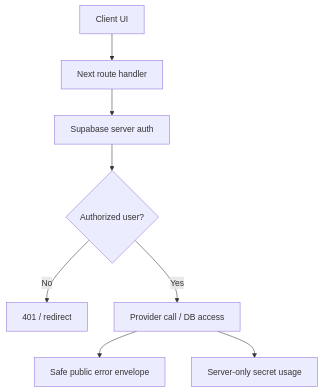
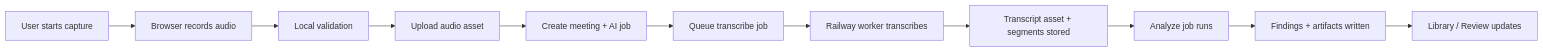
The fourth of 12 diagrams in docs/production-readiness-report.md (krishna0605/NextStop.AI-Web), drawn with Mermaid before and after one commit. The commit also changed other lines of this file and 120 other files, not shown here.

Commit message:
feat(web): harden durable meeting flows, ops readiness, and local auth

````diff
--- a/docs/production-readiness-report.md
+++ b/docs/production-readiness-report.md
@@ -144,10 +274,13 @@
 ```mermaid
-flowchart TD
-  A["Client UI"] --> B["Next route handler"]
-  B --> C["Supabase server auth"]
-  C --> D{"Authorized user?"}
-  D -- "No" --> E["401 / redirect"]
-  D -- "Yes" --> F["Provider call / DB access"]
-  F --> G["Safe public error envelope"]
-  F --> H["Server-only secret usage"]
+flowchart LR
+    A["User starts capture"] --> B["Browser records audio"]
+    B --> C["Local validation"]
+    C --> D["Upload audio asset"]
+    D --> E["Create meeting + AI job"]
+    E --> F["Queue transcribe job"]
+    F --> G["Railway worker transcribes"]
+    G --> H["Transcript asset + segments stored"]
+    H --> I["Analyze job runs"]
+    I --> J["Findings + artifacts written"]
+    J --> K["Library / Review updates"]
 ```
````
